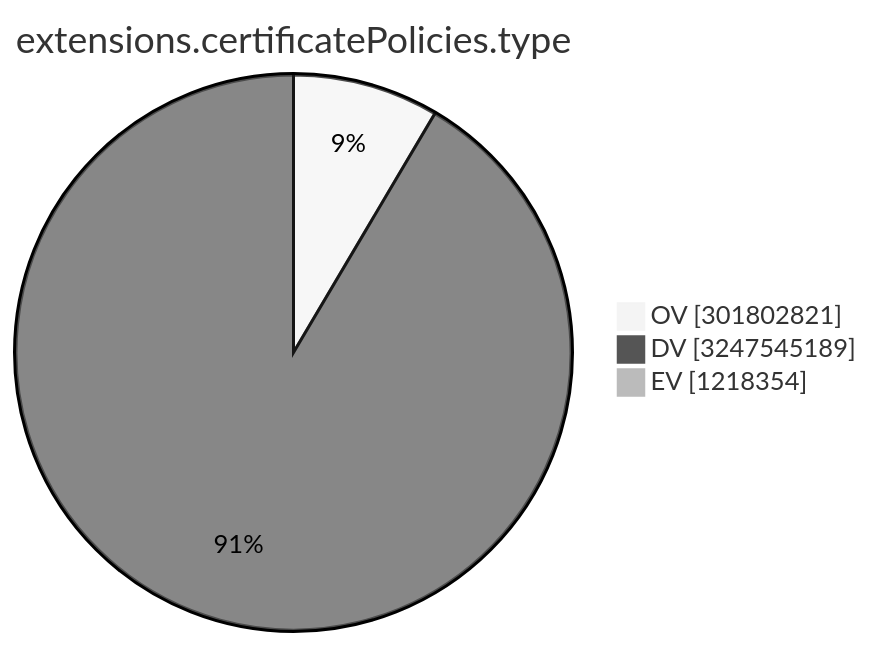
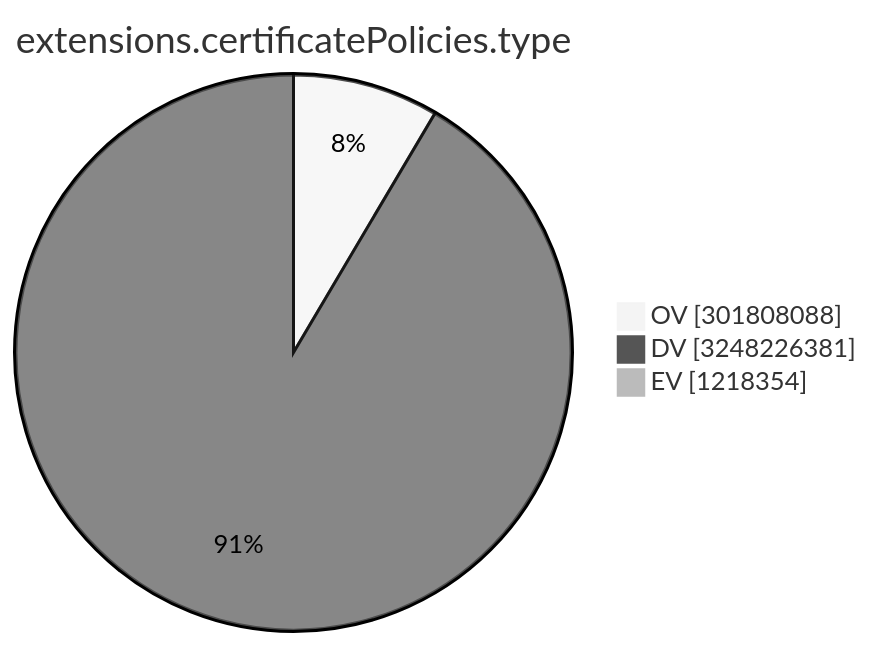
Before and after one commit to christiankrug/ctmonitor_visualization: the ninth of 15 diagrams in TOTAL/README.md, drawn with Mermaid (neutral theme). The commit also changed other lines of this file, not shown here.

````diff
--- a/TOTAL/README.md
+++ b/TOTAL/README.md
@@ -3107,7 +3107,7 @@
 ```mermaid
 pie showData
 title extensions.certificatePolicies.type
-"OV" :301802821
-"DV" :3247545189
+"OV" :301808088
+"DV" :3248226381
 "EV" :1218354
 ```
````
